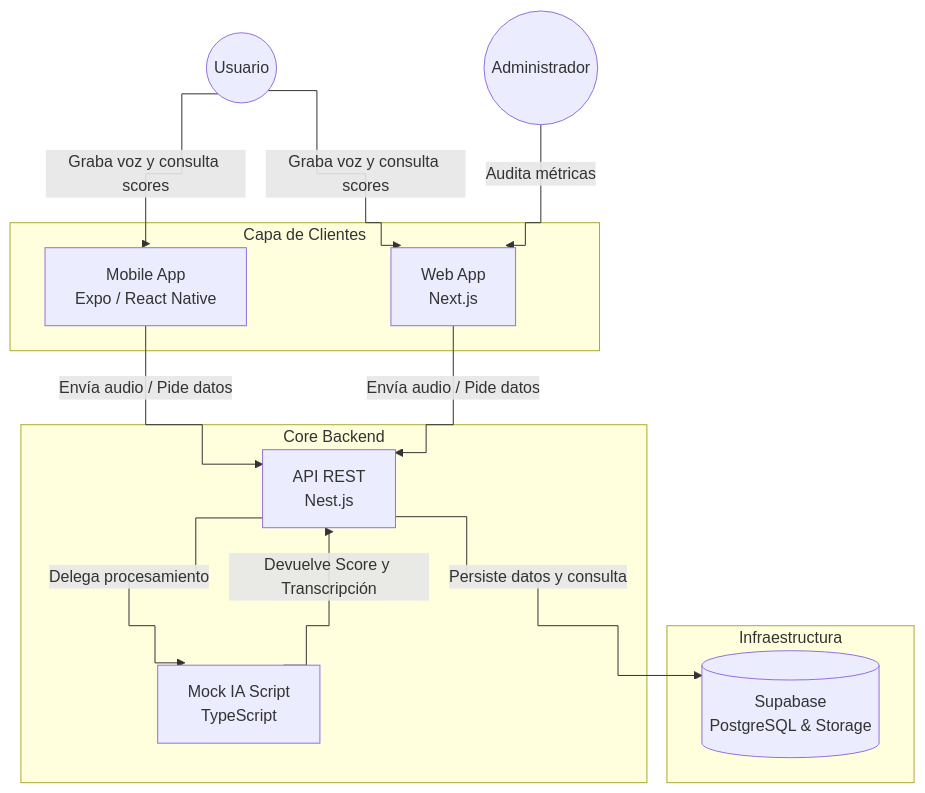
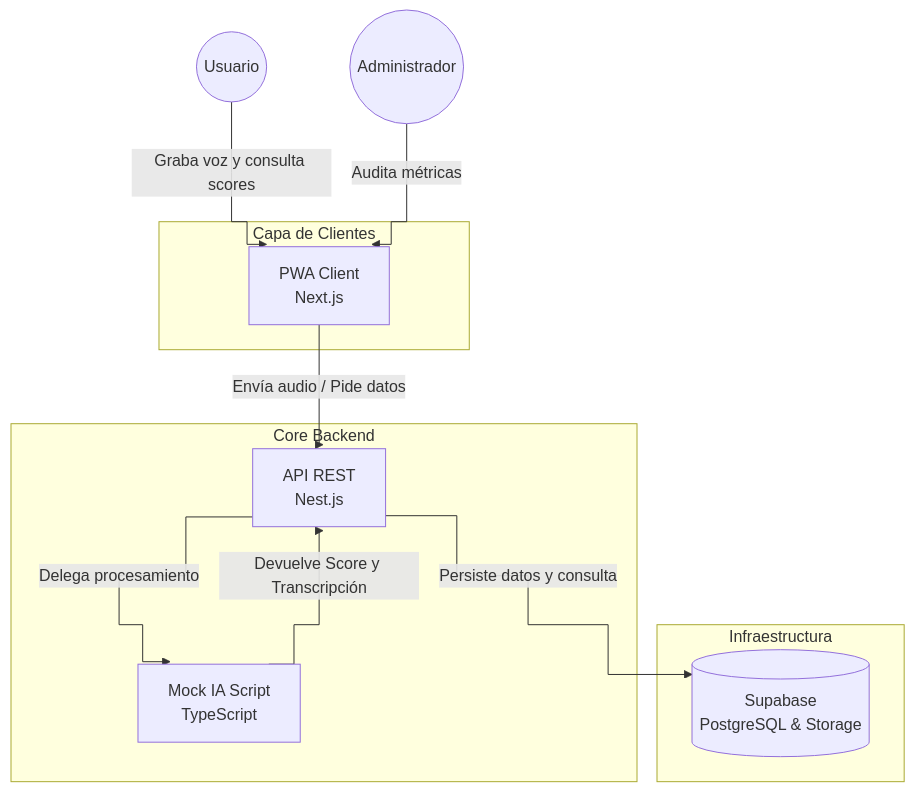
One commit to VGMil-dev/cicero changed the diagram in docs/docs/arquitectura/contenedores.md. Above: the diagram before and after it, drawn with Mermaid. The commit also changed other lines of this file and 6 other files, not shown here.

Commit message:
docs: pivot architecture to PWA and add root .gitignore

````diff
--- a/docs/docs/arquitectura/contenedores.md
+++ b/docs/docs/arquitectura/contenedores.md
@@ -5,36 +5,33 @@
 ```mermaid
 %%{init: {'flowchart': {'curve': 'step'}}}%%
 flowchart TD
     User((Usuario))
     Admin((Administrador))
 
     subgraph Clients [Capa de Clientes]
-        MobileApp[Mobile App<br/>Expo / React Native]
-        WebApp[Web App<br/>Next.js]
+        PWA[PWA Client<br/>Next.js]
     end
 
     subgraph Backend [Core Backend]
         NestAPI[API REST<br/>Nest.js]
         MockIA[Mock IA Script<br/>TypeScript]
     end
 
     subgraph Infra [Infraestructura]
         Supabase[(Supabase<br/>PostgreSQL & Storage)]
     end
 
     %% Relaciones de Usuario a Clientes
-    User -->|Graba voz y consulta scores| MobileApp
-    User -->|Graba voz y consulta scores| WebApp
-    Admin -->|Audita métricas| WebApp
+    User -->|Graba voz y consulta scores| PWA
+    Admin -->|Audita métricas| PWA
 
     %% Relaciones de Clientes a API
-    MobileApp -->|Envía audio / Pide datos| NestAPI
-    WebApp -->|Envía audio / Pide datos| NestAPI
+    PWA -->|Envía audio / Pide datos| NestAPI
 
     %% Relaciones Internas del Backend
     NestAPI -->|Delega procesamiento| MockIA
     MockIA -->|Devuelve Score y Transcripción| NestAPI
 
     %% Relaciones de API a Infraestructura
     NestAPI -->|Persiste datos y consulta| Supabase
 ```
````
